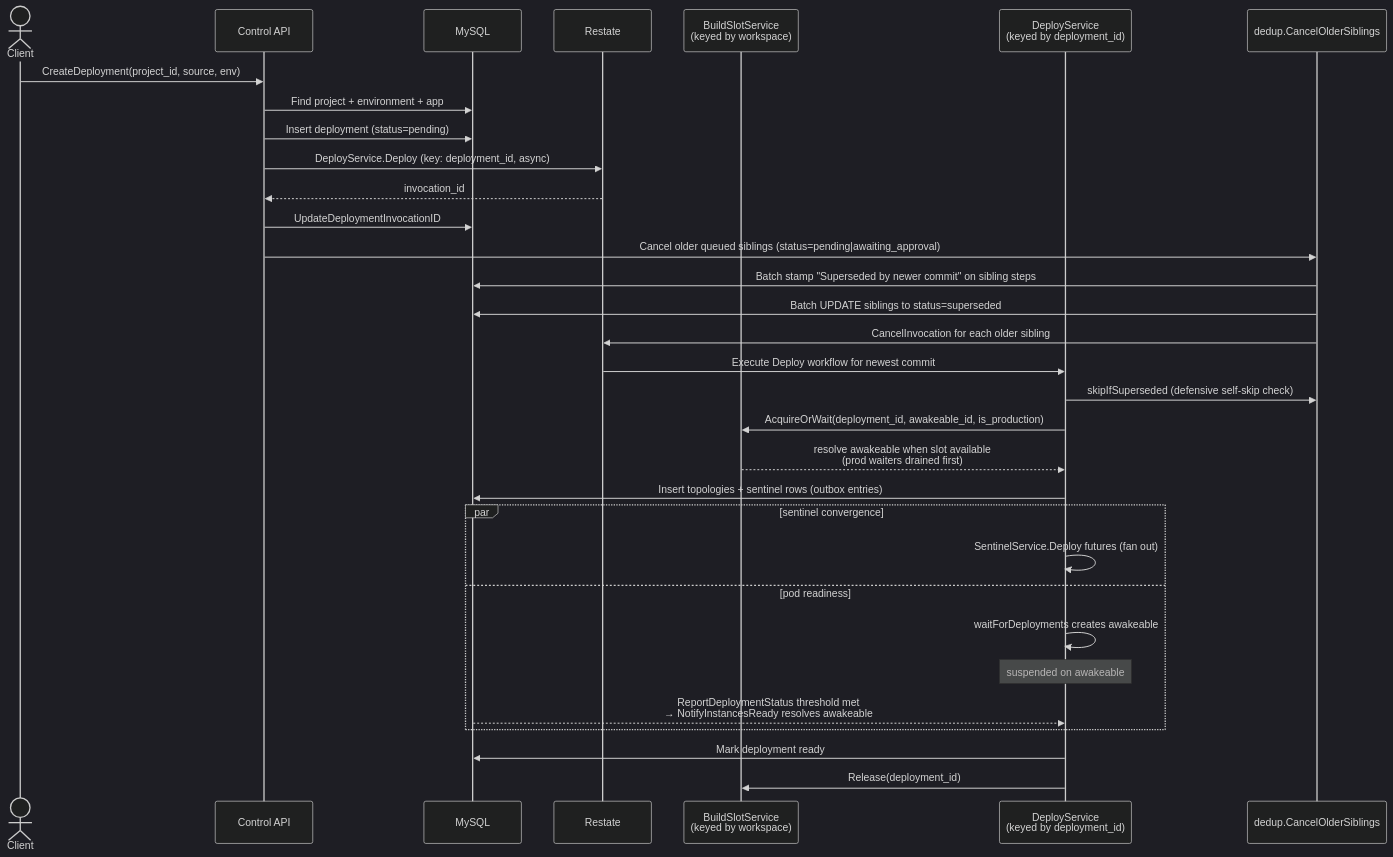
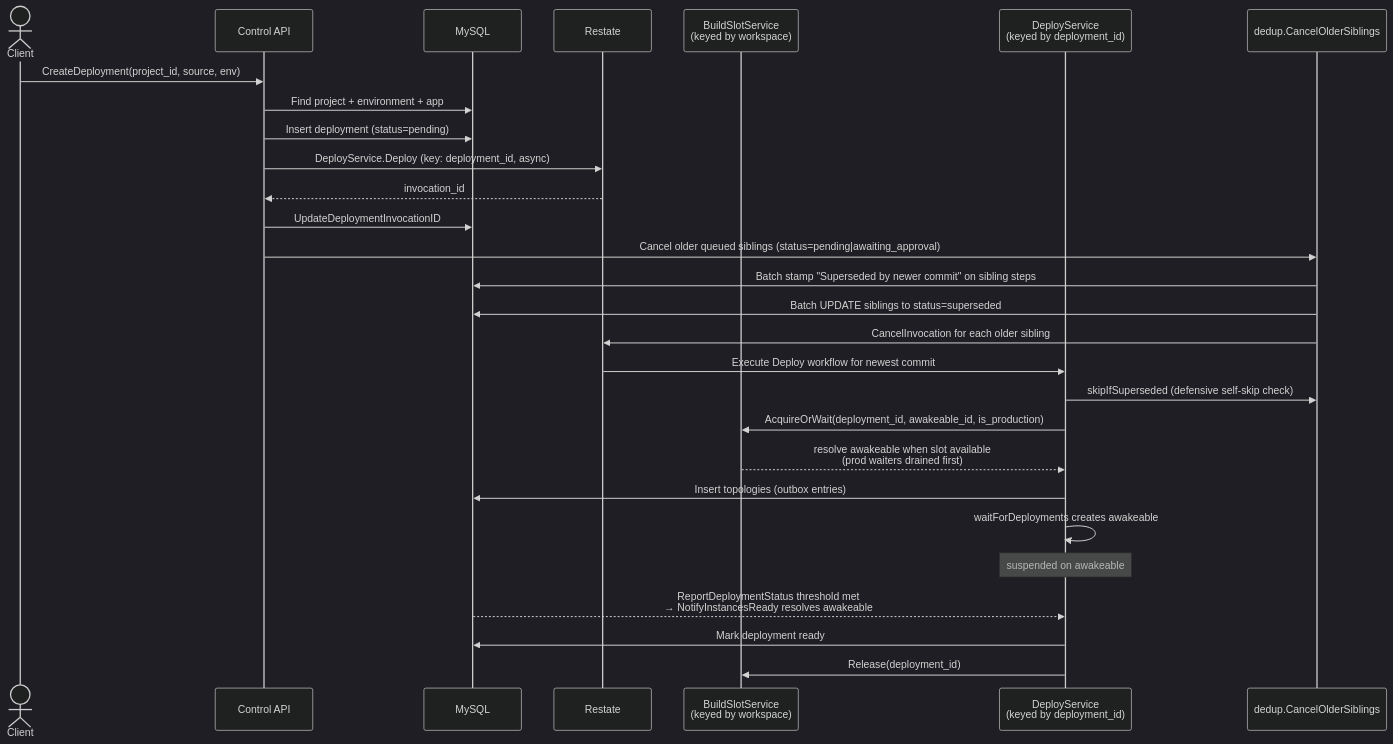
Before and after one commit to unkeyed/unkey: the first of 4 diagrams in docs/engineering/architecture/services/control-plane/worker/workflows/deployments.mdx, drawn with Mermaid (dark theme). The commit also changed other lines of this file and 66 other files, not shown here.

````diff
--- a/docs/engineering/architecture/services/control-plane/worker/workflows/deployments.mdx
+++ b/docs/engineering/architecture/services/control-plane/worker/workflows/deployments.mdx
@@ -30,35 +30,31 @@
 ```mermaid
 sequenceDiagram
   actor Client
   participant CtrlAPI as Control API
   participant DB as MySQL
   participant Restate as Restate
   participant BuildSlot as BuildSlotService<br/>(keyed by workspace)
   participant Worker as DeployService<br/>(keyed by deployment_id)
   participant Dedup as dedup.CancelOlderSiblings
 
   Client->>CtrlAPI: CreateDeployment(project_id, source, env)
   CtrlAPI->>DB: Find project + environment + app
   CtrlAPI->>DB: Insert deployment (status=pending)
   CtrlAPI->>Restate: DeployService.Deploy (key: deployment_id, async)
   Restate-->>CtrlAPI: invocation_id
   CtrlAPI->>DB: UpdateDeploymentInvocationID
   CtrlAPI->>Dedup: Cancel older queued siblings (status=pending|awaiting_approval)
   Dedup->>DB: Batch stamp "Superseded by newer commit" on sibling steps
   Dedup->>DB: Batch UPDATE siblings to status=superseded
   Dedup->>Restate: CancelInvocation for each older sibling
   Restate->>Worker: Execute Deploy workflow for newest commit
   Worker->>Dedup: skipIfSuperseded (defensive self-skip check)
   Worker->>BuildSlot: AcquireOrWait(deployment_id, awakeable_id, is_production)
   BuildSlot-->>Worker: resolve awakeable when slot available<br/>(prod waiters drained first)
-  Worker->>DB: Insert topologies + sentinel rows (outbox entries)
-  par sentinel convergence
-    Worker->>Worker: SentinelService.Deploy futures (fan out)
-  and pod readiness
-    Worker->>Worker: waitForDeployments creates awakeable
-    Note over Worker: suspended on awakeable
-    DB-->>Worker: ReportDeploymentStatus threshold met<br/>→ NotifyInstancesReady resolves awakeable
-  end
+  Worker->>DB: Insert topologies (outbox entries)
+  Worker->>Worker: waitForDeployments creates awakeable
+  Note over Worker: suspended on awakeable
+  DB-->>Worker: ReportDeploymentStatus threshold met<br/>→ NotifyInstancesReady resolves awakeable
   Worker->>DB: Mark deployment ready
   Worker->>BuildSlot: Release(deployment_id)
 ```
````
